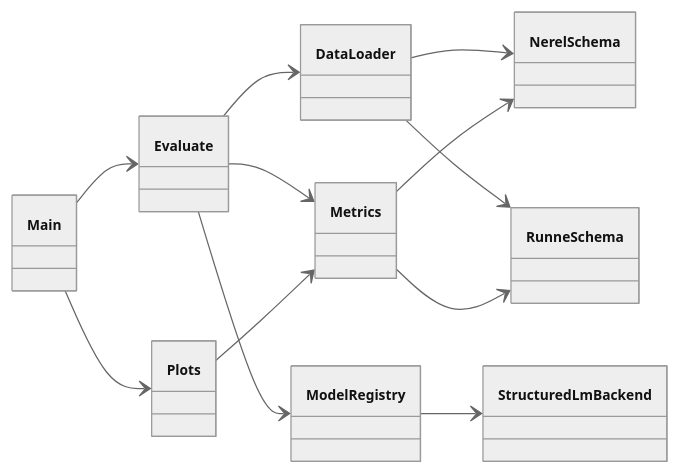
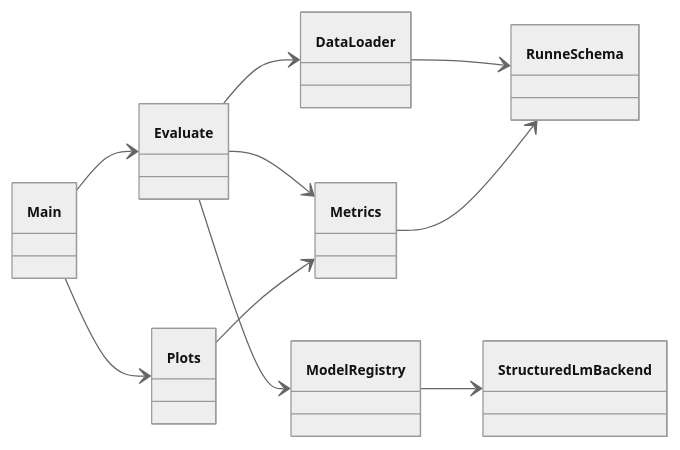
Before and after one commit to pymlex/ie-slm-bench: the diagram in README.md, drawn with Mermaid. The commit also changed other lines of this file and 11 other files, not shown here.

````diff
--- a/README.md
+++ b/README.md
@@ -25,25 +27,22 @@
 ```mermaid
 %%{init: {"theme": "neutral", "themeVariables": {"fontSize": "11px", "classFontSize": "11px"}}}%%
 classDiagram
     direction LR
     class Main
     class Evaluate
     class DataLoader
     class Metrics
     class ModelRegistry
     class StructuredLmBackend
     class Plots
-    class NerelSchema
     class RunneSchema
     Main --> Evaluate
     Main --> Plots
     Evaluate --> DataLoader
     Evaluate --> ModelRegistry
     ModelRegistry --> StructuredLmBackend
     Evaluate --> Metrics
     Plots --> Metrics
-    DataLoader --> NerelSchema
     DataLoader --> RunneSchema
-    Metrics --> NerelSchema
     Metrics --> RunneSchema
 ```
````
